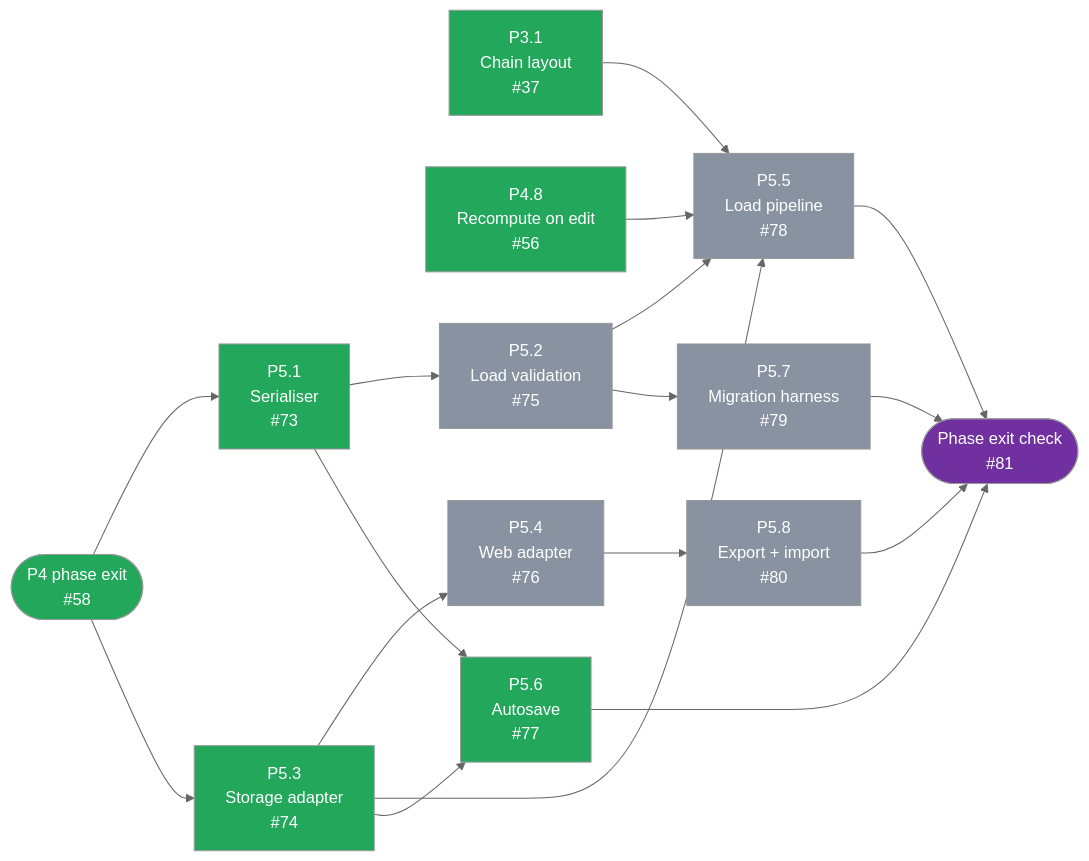
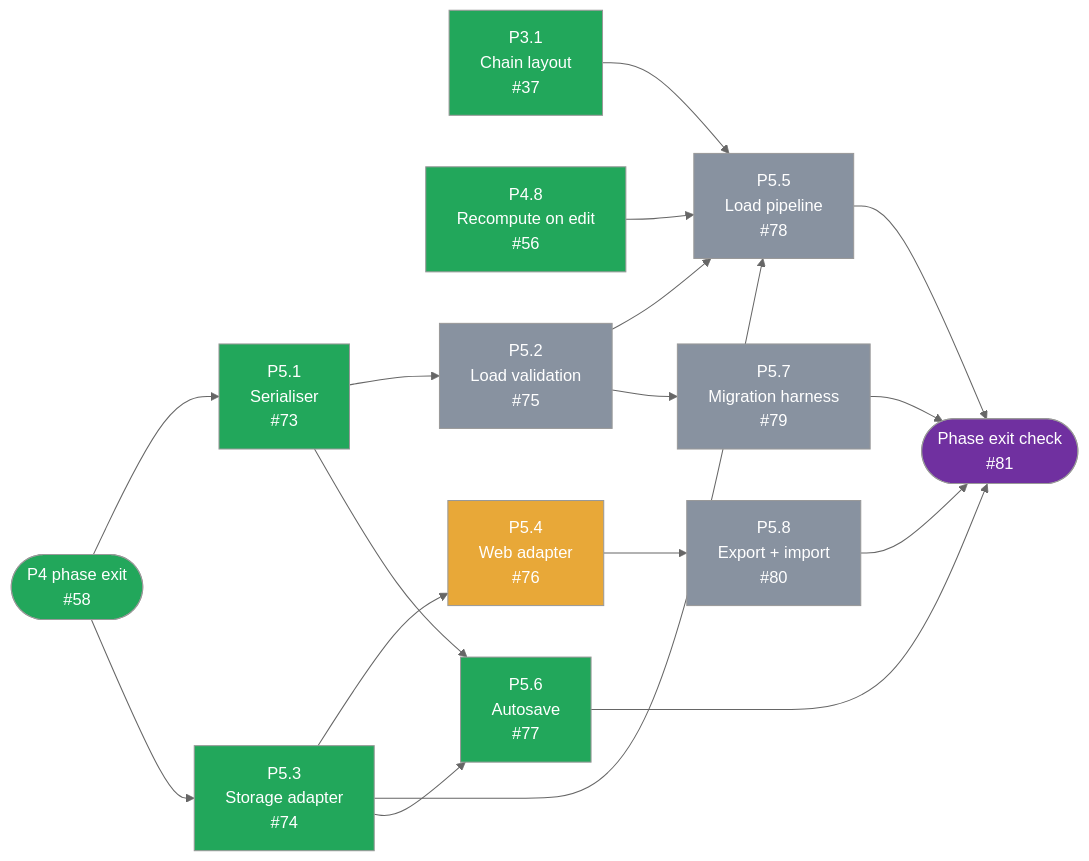
Before and after one commit to tousifosman/CalcMind: the fourth of 5 diagrams in docs/DEVELOPMENT_PLAN.md, drawn with Mermaid (neutral theme). The commit also changed 2 other files, not shown here.

Commit message:
P5.6 follow-up: fix no-void lint and AppState mock typing
Drop the void operator (RN eslint warns) in favour of a fireFlush helper, and
loosen the AppState spy mock so tsc accepts the jest Implementation signature.
Record verification counts in the journal.

````diff
--- a/docs/DEVELOPMENT_PLAN.md
+++ b/docs/DEVELOPMENT_PLAN.md
@@ -726,45 +726,45 @@
 ```mermaid
 flowchart LR
     P4EXIT(["P4 phase exit<br/>#58"])
     P31["P3.1<br/>Chain layout<br/>#37"]
     P48["P4.8<br/>Recompute on edit<br/>#56"]
     P51["P5.1<br/>Serialiser<br/>#73"]
     P52["P5.2<br/>Load validation<br/>#75"]
     P53["P5.3<br/>Storage adapter<br/>#74"]
     P54["P5.4<br/>Web adapter<br/>#76"]
     P55["P5.5<br/>Load pipeline<br/>#78"]
     P56["P5.6<br/>Autosave<br/>#77"]
     P57["P5.7<br/>Migration harness<br/>#79"]
     P58["P5.8<br/>Export + import<br/>#80"]
     EXIT(["Phase exit check<br/>#81"])
 
     P4EXIT --> P51
     P4EXIT --> P53
     P51 --> P52
     P53 --> P54
     P52 --> P55
     P53 --> P55
     P31 --> P55
     P48 --> P55
     P51 --> P56
     P53 --> P56
     P52 --> P57
     P54 --> P58
     P55 --> EXIT
     P56 --> EXIT
     P57 --> EXIT
     P58 --> EXIT
 
     style P4EXIT fill:#22A75B,color:#fff
     style P31 fill:#22A75B,color:#fff
     style P48 fill:#22A75B,color:#fff
     style P51 fill:#22A75B,color:#fff
     style P52 fill:#8892A0,color:#fff
     style P53 fill:#22A75B,color:#fff
-    style P54 fill:#8892A0,color:#fff
+    style P54 fill:#E8A838,color:#fff
     style P55 fill:#8892A0,color:#fff
     style P56 fill:#22A75B,color:#fff
     style P57 fill:#8892A0,color:#fff
     style P58 fill:#8892A0,color:#fff
     style EXIT fill:#7030A0,color:#fff
 ```
````
